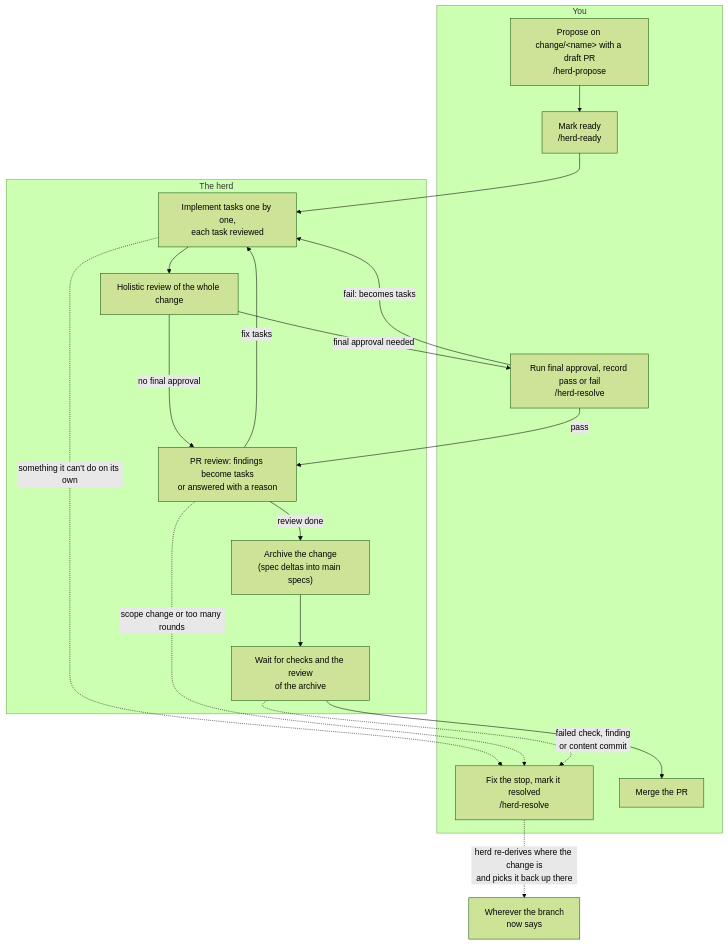
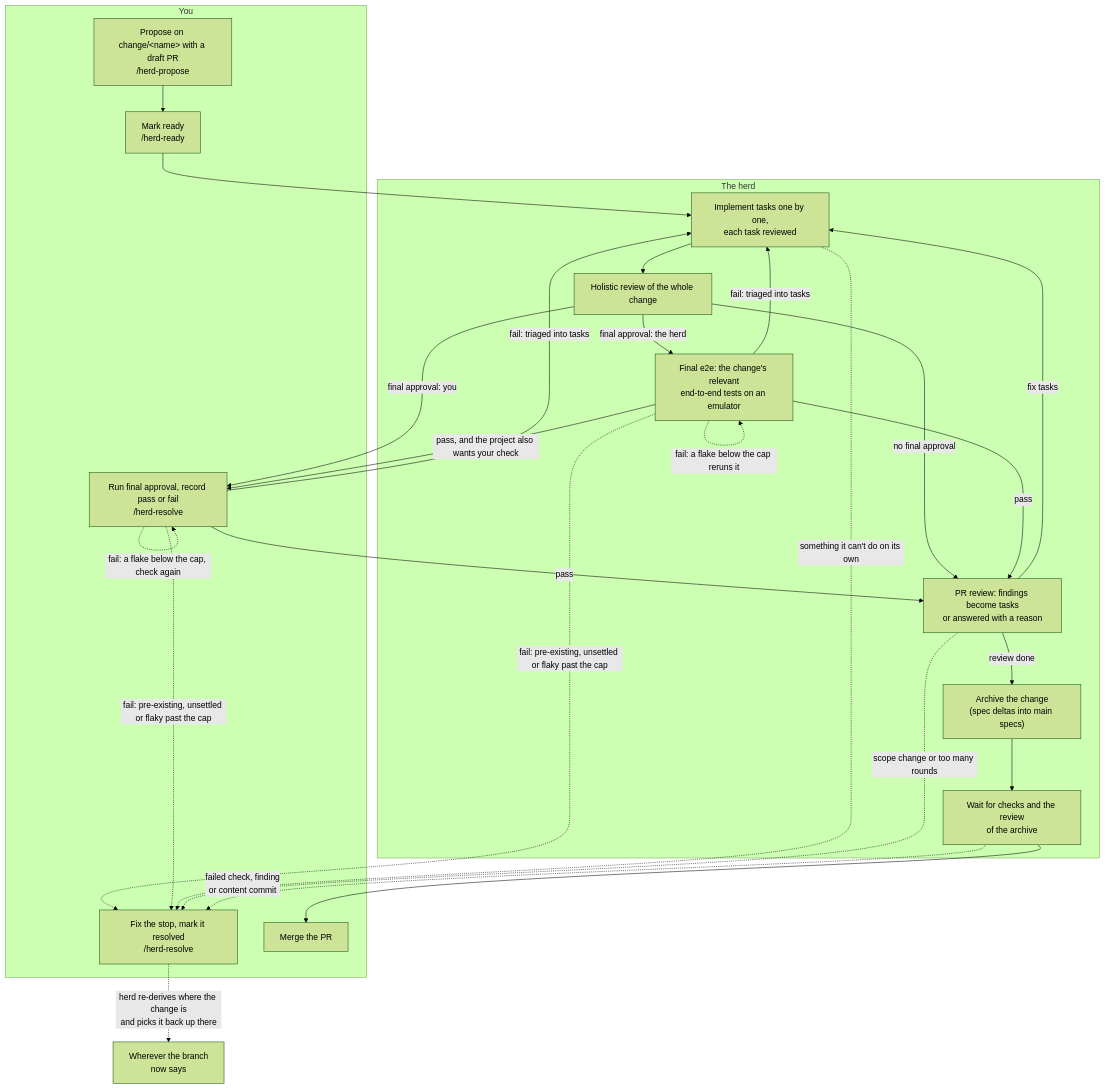
Before and after one commit to mliikanen/herd: the diagram in docs/using-the-herd.md, drawn with Mermaid (forest theme). The commit also changed other lines of this file and 1 other file, not shown here.

First line of the commit message:
Design: end-to-end tests as a red/green loop (#5)

````diff
--- a/docs/using-the-herd.md
+++ b/docs/using-the-herd.md
@@ -23,28 +24,37 @@
 ```mermaid
 flowchart TD
     subgraph you["You"]
         P["Propose on change/&lt;name&gt; with a draft PR<br/>/herd-propose"]
         R["Mark ready<br/>/herd-ready"]
         FA["Run final approval, record pass or fail<br/>/herd-resolve"]
         NH["Fix the stop, mark it resolved<br/>/herd-resolve"]
         M["Merge the PR"]
     end
     subgraph herd["The herd"]
         I["Implement tasks one by one,<br/>each task reviewed"]
         H["Holistic review of the whole change"]
+        E["Final e2e: the change's relevant<br/>end-to-end tests on an emulator"]
         RV["PR review: findings become tasks<br/>or answered with a reason"]
         A["Archive the change<br/>(spec deltas into main specs)"]
         AP["Wait for checks and the review<br/>of the archive"]
     end
     P --> R --> I --> H
-    H -- "final approval needed" --> FA
+    H -- "final approval: you" --> FA
+    H -- "final approval: the herd" --> E
     H -- "no final approval" --> RV
+    E -- "pass" --> RV
+    E -- "pass, and the project also wants your check" --> FA
+    E -- "fail: triaged into tasks" --> I
+    E -. "fail: a flake below the cap reruns it" .-> E
+    E -. "fail: pre-existing, unsettled or flaky past the cap" .-> NH
     FA -- "pass" --> RV
-    FA -- "fail: becomes tasks" --> I
+    FA -- "fail: triaged into tasks" --> I
+    FA -. "fail: a flake below the cap, check again" .-> FA
+    FA -. "fail: pre-existing, unsettled or flaky past the cap" .-> NH
     RV -- "fix tasks" --> I
     RV -- "review done" --> A --> AP --> M
     I -. "something it can't do on its own" .-> NH
     RV -. "scope change or too many rounds" .-> NH
     AP -. "failed check, finding<br/>or content commit" .-> NH
     NH -. "herd re-derives where the change is<br/>and picks it back up there" .-> RD["Wherever the branch<br/>now says"]
 ```
````
